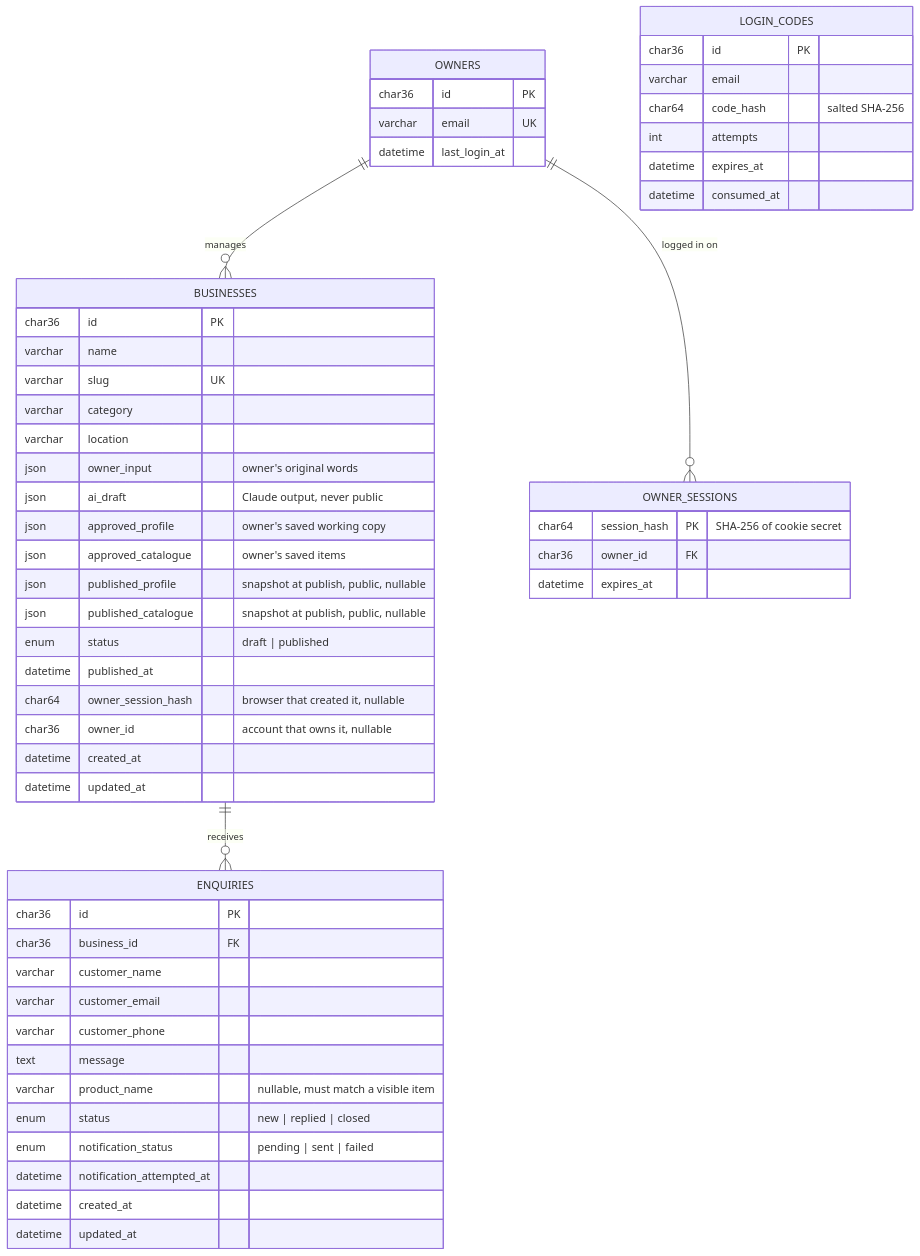
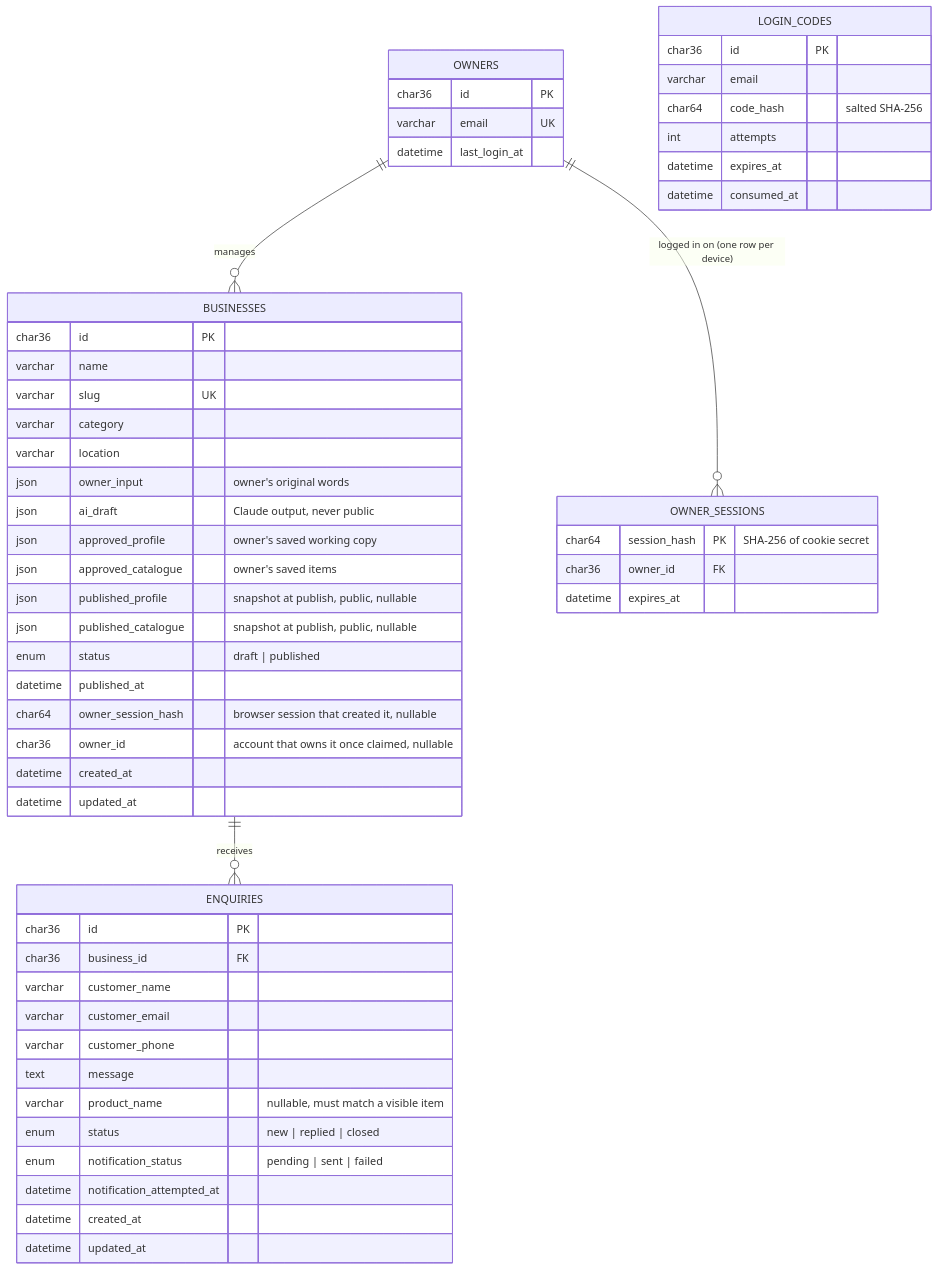
Before and after one commit to sakshi13-m/BizDwaar: the fifth of 6 diagrams in docs/architecture.md, drawn with Mermaid. The commit also changed other lines of this file, not shown here.

First line of the commit message:
Docs(architecture): owner access sequence diagram and ownership rule

````diff
--- a/docs/architecture.md
+++ b/docs/architecture.md
@@ -115,57 +165,57 @@
 ```mermaid
 erDiagram
   BUSINESSES ||--o{ ENQUIRIES : receives
   BUSINESSES {
     char36 id PK
     varchar name
     varchar slug UK
     varchar category
     varchar location
     json owner_input "owner's original words"
     json ai_draft "Claude output, never public"
     json approved_profile "owner's saved working copy"
     json approved_catalogue "owner's saved items"
     json published_profile "snapshot at publish, public, nullable"
     json published_catalogue "snapshot at publish, public, nullable"
     enum status "draft | published"
     datetime published_at
-    char64 owner_session_hash "browser that created it, nullable"
-    char36 owner_id "account that owns it, nullable"
+    char64 owner_session_hash "browser session that created it, nullable"
+    char36 owner_id "account that owns it once claimed, nullable"
     datetime created_at
     datetime updated_at
   }
   OWNERS ||--o{ BUSINESSES : manages
-  OWNERS ||--o{ OWNER_SESSIONS : "logged in on"
+  OWNERS ||--o{ OWNER_SESSIONS : "logged in on (one row per device)"
   OWNERS {
     char36 id PK
     varchar email UK
     datetime last_login_at
   }
   OWNER_SESSIONS {
     char64 session_hash PK "SHA-256 of cookie secret"
     char36 owner_id FK
     datetime expires_at
   }
   LOGIN_CODES {
     char36 id PK
     varchar email
     char64 code_hash "salted SHA-256"
     int attempts
     datetime expires_at
     datetime consumed_at
   }
   ENQUIRIES {
     char36 id PK
     char36 business_id FK
     varchar customer_name
     varchar customer_email
     varchar customer_phone
     text message
     varchar product_name "nullable, must match a visible item"
     enum status "new | replied | closed"
     enum notification_status "pending | sent | failed"
     datetime notification_attempted_at
     datetime created_at
     datetime updated_at
   }
 ```
````
